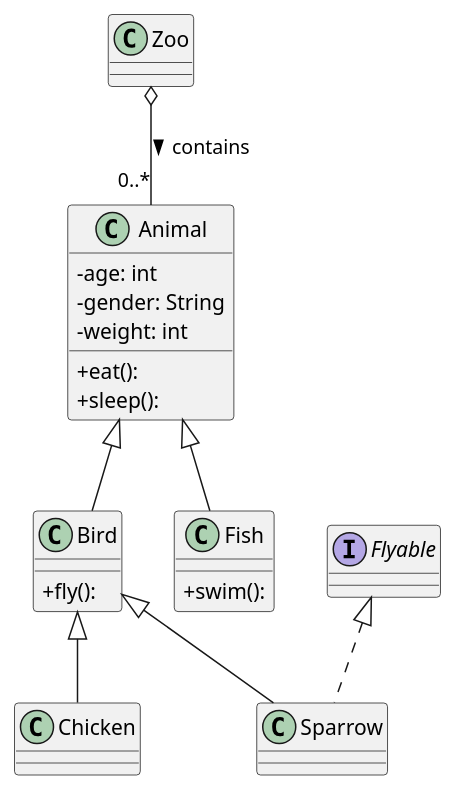
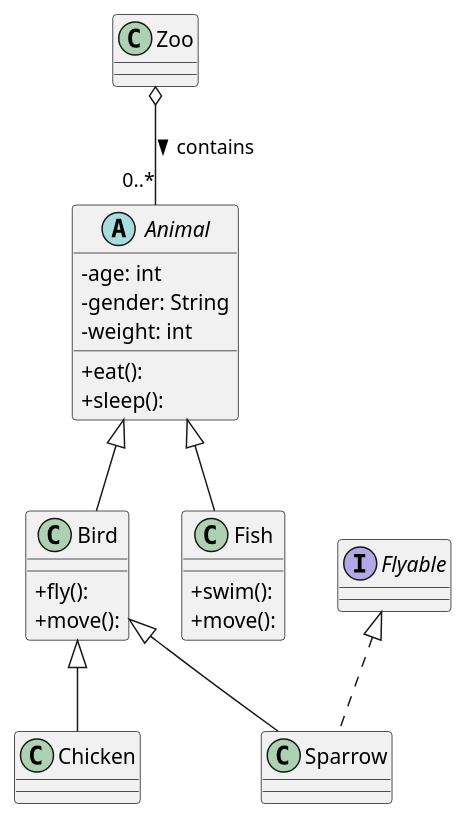
One commit to jimmyrabbit88/Oopd changed the diagram in src/zoo.puml. Above: the diagram before and after it, drawn with PlantUML. The commit also changed 10 other files, not shown here.

```diff
--- a/src/zoo.puml
+++ b/src/zoo.puml
@@ -1,41 +1,43 @@
 @startuml
 skinparam classAttributeIconSize 0
 class Zoo{
 
 }
-class Animal{
+abstract class Animal{
 - age: int
 - gender: String
 - weight: int
 
 + eat():
 + sleep():
 }
 
 class Bird{
 + fly():
++ move():
 }
 
 class Fish{
 + swim():
++ move():
 }
 
 class Chicken{
 
 }
 
 class Sparrow{
 
 }
 
 interface Flyable{
 }
 
 Zoo o-- "0..*" Animal: contains >
 Animal <|-- Fish
 Animal <|-- Bird
 Bird <|-- Chicken
 Bird <|-- Sparrow
 Flyable <|.. Sparrow
 
 @enduml
```
